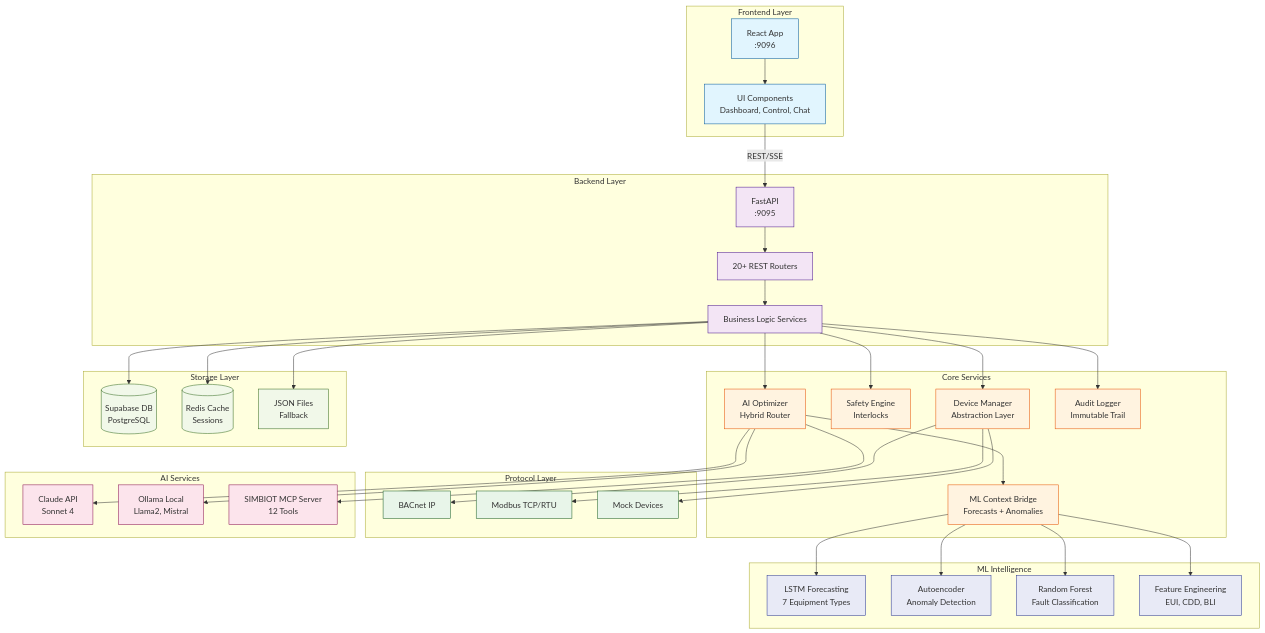
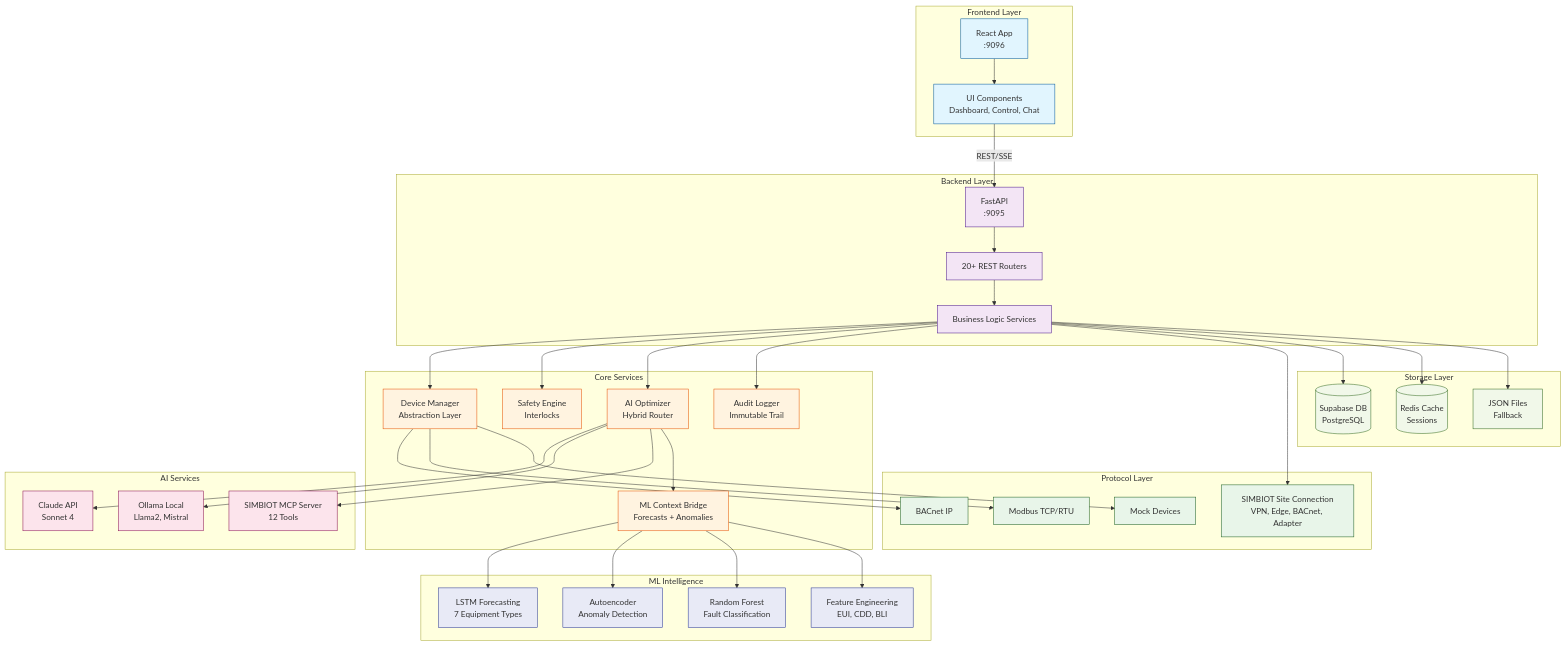
Before and after one commit to Bederf/sentinel-ai: the first of 5 diagrams in docs/02-architecture/system-overview.md, drawn with Mermaid. The commit also changed other lines of this file and 1033 other files, not shown here.

```diff
--- a/docs/02-architecture/system-overview.md
+++ b/docs/02-architecture/system-overview.md
@@ -54,6 +61,7 @@
     subgraph Protocols["Protocol Layer"]
         BACnet[BACnet IP]
         Modbus[Modbus TCP/RTU]
+        SiteBridge[SIMBIOT Site Connection<br/>VPN, Edge, BACnet, Adapter]
         Mock[Mock Devices]
     end
 
@@ -87,6 +95,7 @@
 
     DeviceMgr --> BACnet
     DeviceMgr --> Modbus
+    Services --> SiteBridge
     DeviceMgr --> Mock
 
     AIOptimizer --> Claude
@@ -114,7 +123,7 @@
     classDef ml fill:#e8eaf6,stroke:#283593
 
     class DeviceMgr,SafetyEngine,AIOptimizer,AuditLogger,MLContext core
-    class BACnet,Modbus,Mock protocol
+    class BACnet,Modbus,SiteBridge,Mock protocol
     class Claude,Ollama,MCP ai
     class LSTM,Anomaly,Classifier,FeatureEng ml
     class Supabase,Redis,JSON storage
```
